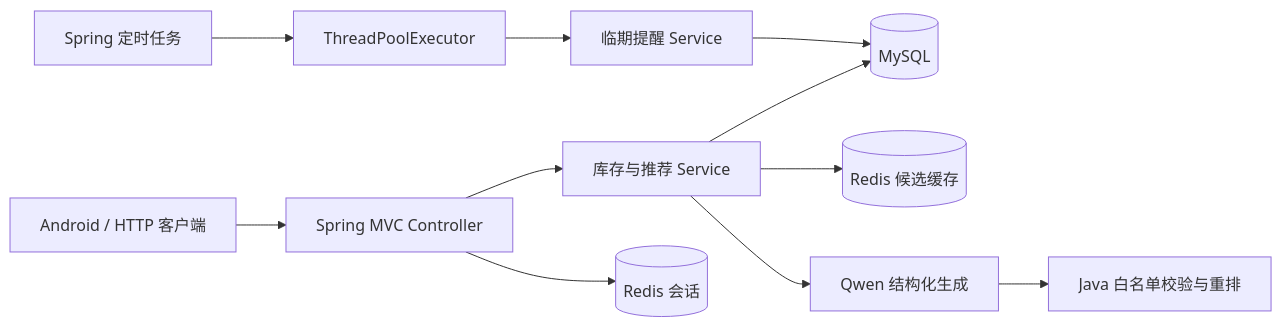
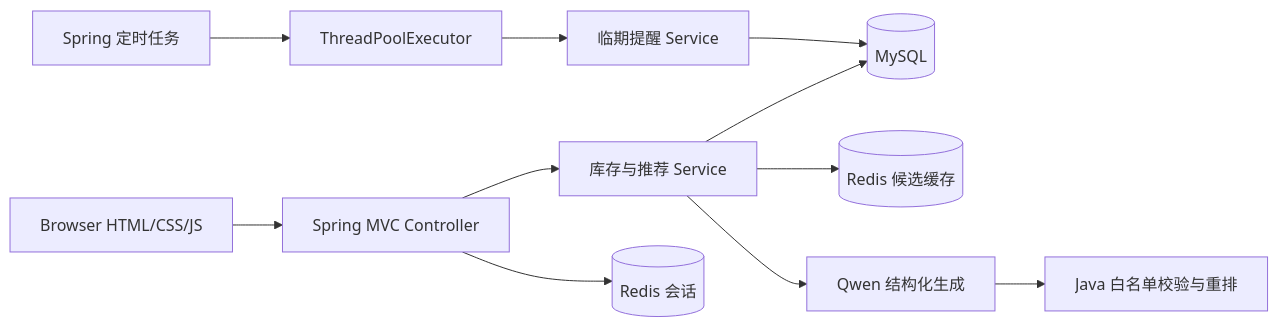
One commit to wuzhoutiao/freshmind changed the diagram in README.md. Above: the diagram before and after it, drawn with Mermaid. The commit also changed other lines of this file and 284 other files, not shown here.

````diff
--- a/README.md
+++ b/README.md
@@ -40,13 +42,13 @@
 ```mermaid
 flowchart LR
-    A[Android / HTTP 客户端] --> B[Spring MVC Controller]
+    A[Browser HTML/CSS/JS] --> B[Spring MVC Controller]
     B --> C[库存与推荐 Service]
     C --> D[(MySQL)]
     B --> E[(Redis 会话)]
     C --> F[(Redis 候选缓存)]
     C --> G[Qwen 结构化生成]
     G --> H[Java 白名单校验与重排]
     I[Spring 定时任务] --> J[ThreadPoolExecutor]
     J --> K[临期提醒 Service]
     K --> D
 ```
````
